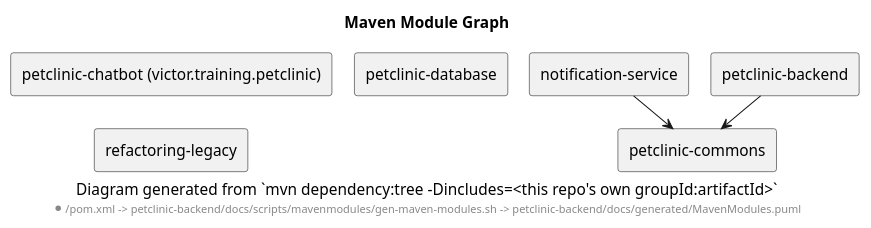
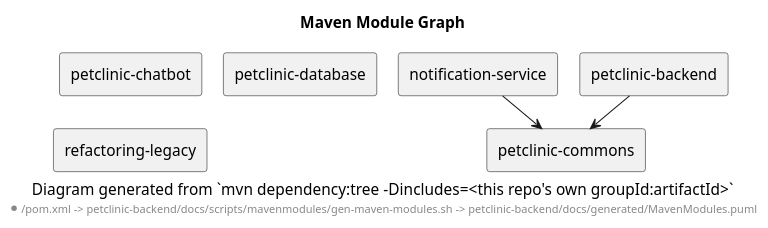
One commit to victorrentea/petclinic changed the diagram in petclinic-backend/docs/generated/MavenModules.puml. Above: the diagram before and after it, drawn with PlantUML. The commit also changed 1 other file, not shown here.

Commit message:
Maven module graph: no groupId on any box
Every module is this repo's own, so the groupId says nothing about the graph; printed
only where it differed, it made petclinic-chatbot look like the odd one out.

```diff
--- a/petclinic-backend/docs/generated/MavenModules.puml
+++ b/petclinic-backend/docs/generated/MavenModules.puml
@@ -1,23 +1,23 @@
 @startuml
 
 title Maven Module Graph
 caption Diagram generated from `mvn dependency:tree -Dincludes=<this repo's own groupId:artifactId>`
 footer */pom.xml -> petclinic-backend/docs/scripts/mavenmodules/gen-maven-modules.sh -> petclinic-backend/docs/generated/MavenModules.puml
 
 skinparam shadowing false
 skinparam componentStyle rectangle
 skinparam nodesep 20
 skinparam ranksep 30
 
 component "notification-service" as notification_service
 component "petclinic-backend" as petclinic_backend
-component "petclinic-chatbot (victor.training.petclinic)" as petclinic_chatbot
+component "petclinic-chatbot" as petclinic_chatbot
 component "petclinic-commons" as petclinic_commons
 component "petclinic-database" as petclinic_database
 component "refactoring-legacy" as refactoring_legacy
 
 notification_service --> petclinic_commons
 petclinic_backend --> petclinic_commons
 
 
 @enduml
```
